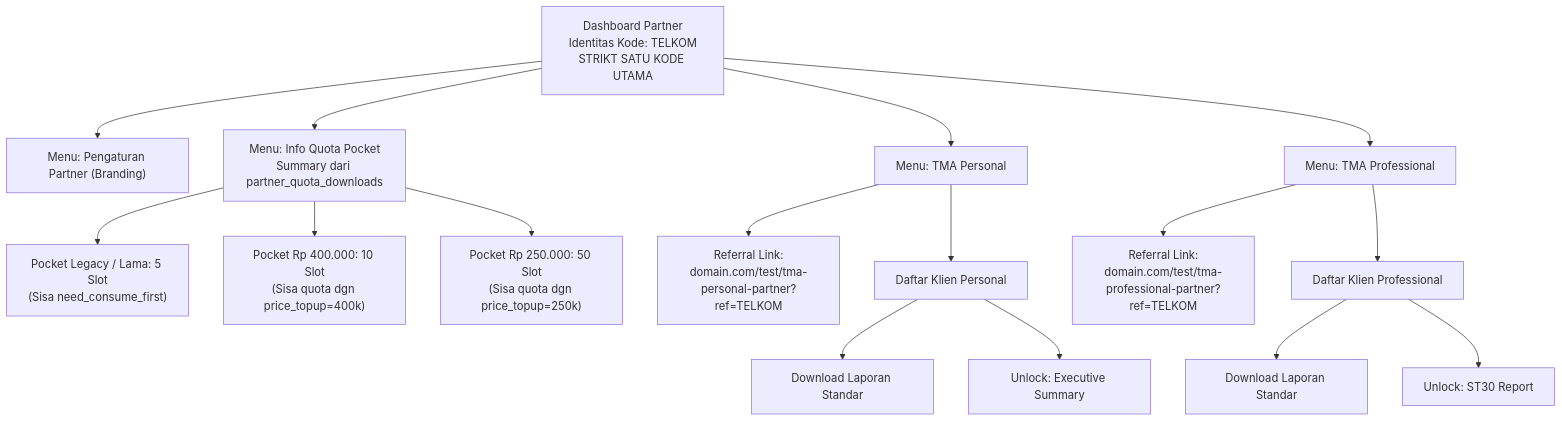
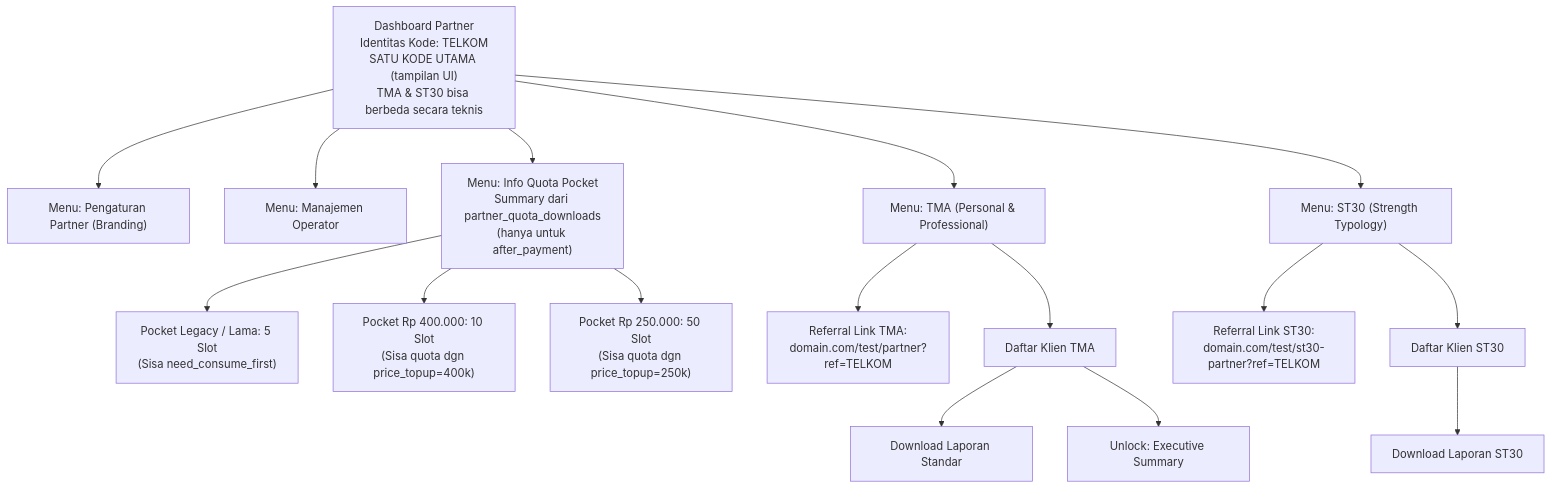
Before and after one commit to ReyhanAnf/tm-docs: the fourth of 10 diagrams in docs/02-architecture/10-partner-blueprint.md, drawn with Mermaid. The commit also changed other lines of this file, not shown here.

````diff
--- a/docs/02-architecture/10-partner-blueprint.md
+++ b/docs/02-architecture/10-partner-blueprint.md
@@ -113,23 +182,23 @@
 ```mermaid
 flowchart TB
-	Dashboard["Dashboard Partner<br/>Identitas Kode: TELKOM<br/>STRIKT SATU KODE UTAMA"]
+	Dashboard["Dashboard Partner<br/>Identitas Kode: TELKOM<br/>SATU KODE UTAMA (tampilan UI)<br/>TMA & ST30 bisa berbeda secara teknis"]
 
 	Dashboard --> Branding["Menu: Pengaturan Partner (Branding)"]
-	Dashboard --> Quota["Menu: Info Quota Pocket<br/>Summary dari partner_quota_downloads"]
-	Dashboard --> Personal["Menu: TMA Personal"]
-	Dashboard --> Professional["Menu: TMA Professional"]
+	Dashboard --> Operator["Menu: Manajemen Operator"]
+	Dashboard --> Quota["Menu: Info Quota Pocket<br/>Summary dari partner_quota_downloads<br/>(hanya untuk after_payment)"]
+	Dashboard --> TMA["Menu: TMA (Personal & Professional)"]
+	Dashboard --> ST30["Menu: ST30 (Strength Typology)"]
 
 	Quota --> PocketLegacy["Pocket Legacy / Lama: 5 Slot<br/>(Sisa need_consume_first)"]
 	Quota --> Pocket400["Pocket Rp 400.000: 10 Slot<br/>(Sisa quota dgn price_topup=400k)"]
 	Quota --> Pocket250["Pocket Rp 250.000: 50 Slot<br/>(Sisa quota dgn price_topup=250k)"]
 
-	Personal --> PersonalRef["Referral Link:<br/>domain.com/test/tma-personal-partner?ref=TELKOM"]
-	Personal --> PersonalClients["Daftar Klien Personal"]
-	PersonalClients --> PersonalDownload["Download Laporan Standar"]
-	PersonalClients --> PersonalUnlock["Unlock: Executive Summary"]
+	TMA --> TMARef["Referral Link TMA:<br/>domain.com/test/partner?ref=TELKOM"]
+	TMA --> TMAClients["Daftar Klien TMA"]
+	TMAClients --> TMADownload["Download Laporan Standar"]
+	TMAClients --> TMAUnlock["Unlock: Executive Summary"]
 
-	Professional --> ProfessionalRef["Referral Link:<br/>domain.com/test/tma-professional-partner?ref=TELKOM"]
-	Professional --> ProfessionalClients["Daftar Klien Professional"]
-	ProfessionalClients --> ProfessionalDownload["Download Laporan Standar"]
-	ProfessionalClients --> ProfessionalUnlock["Unlock: ST30 Report"]
+	ST30 --> ST30Ref["Referral Link ST30:<br/>domain.com/test/st30-partner?ref=TELKOM"]
+	ST30 --> ST30Clients["Daftar Klien ST30"]
+	ST30Clients --> ST30Download["Download Laporan ST30"]
 ```
````
